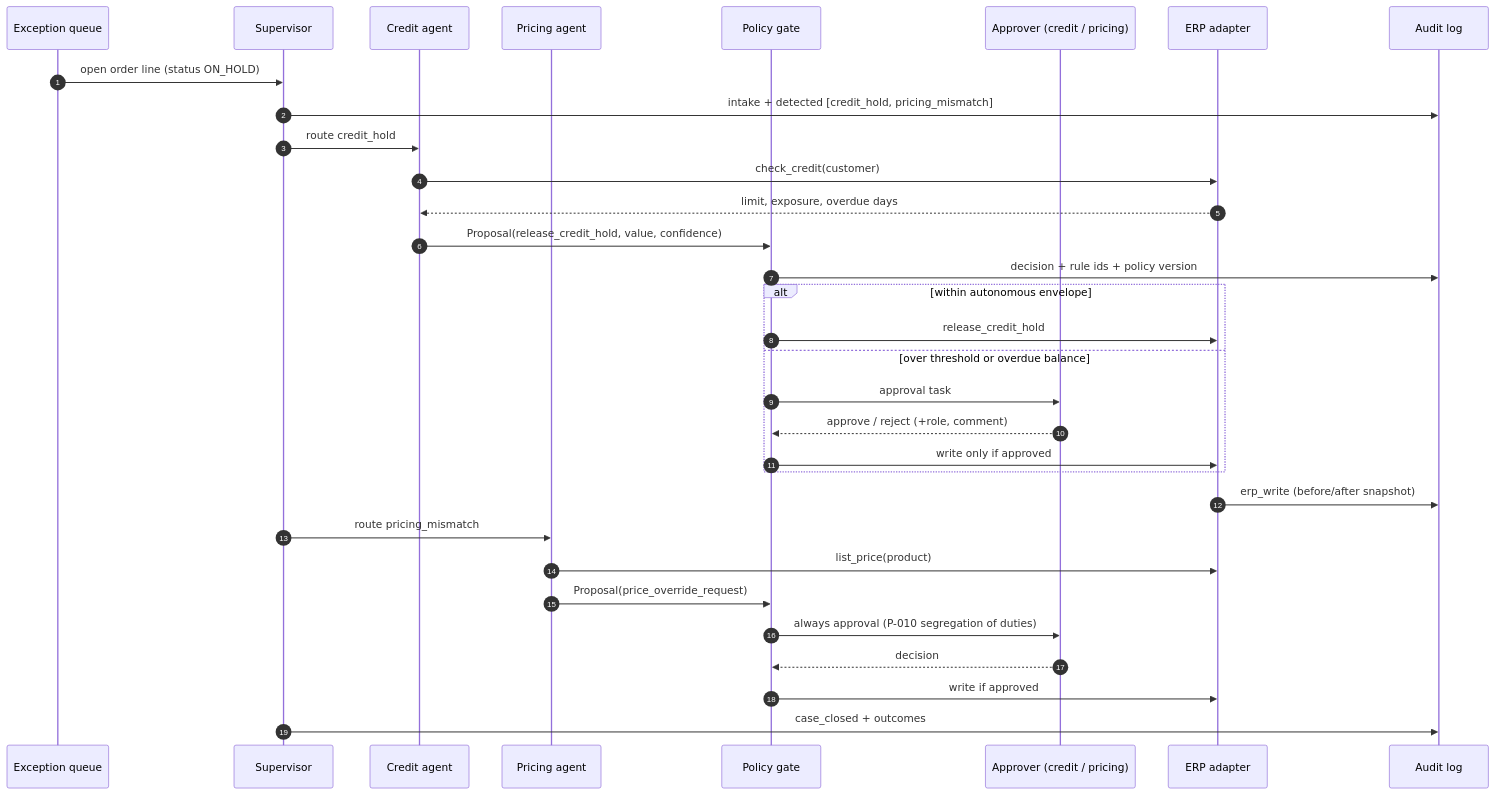
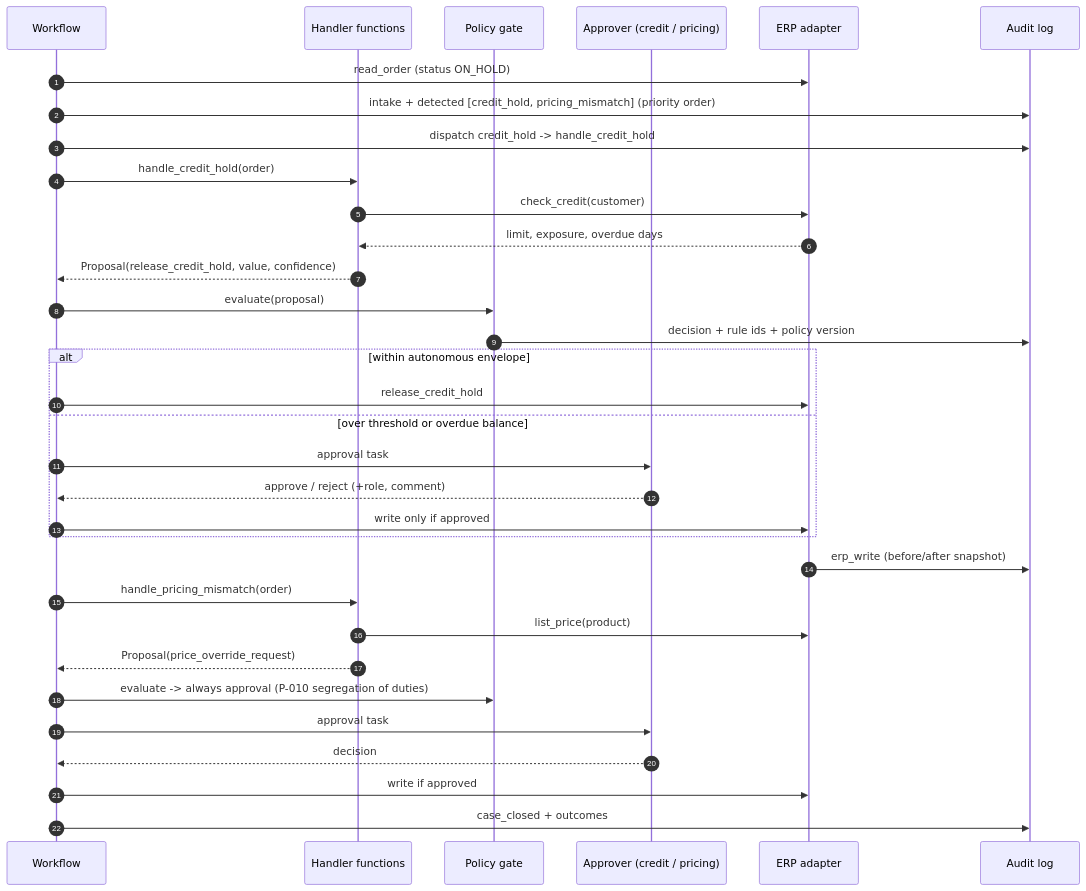
Before and after one commit to padmanpisupati/order-exception-agents: the diagram in docs/diagrams/sequence.md, drawn with Mermaid. The commit also changed 19 other files, not shown here.

First line of the commit message:
Refactor: replace multi-agent framing with governed workflow

````diff
--- a/docs/diagrams/sequence.md
+++ b/docs/diagrams/sequence.md
@@ -3,34 +3,35 @@
 ```mermaid
 sequenceDiagram
   autonumber
-  participant Q as Exception queue
-  participant S as Supervisor
-  participant C as Credit agent
-  participant P as Pricing agent
+  participant W as Workflow
+  participant HF as Handler functions
   participant G as Policy gate
   participant H as Approver (credit / pricing)
   participant E as ERP adapter
   participant A as Audit log
-  Q->>S: open order line (status ON_HOLD)
-  S->>A: intake + detected [credit_hold, pricing_mismatch]
-  S->>C: route credit_hold
-  C->>E: check_credit(customer)
-  E-->>C: limit, exposure, overdue days
-  C->>G: Proposal(release_credit_hold, value, confidence)
+  W->>E: read_order (status ON_HOLD)
+  W->>A: intake + detected [credit_hold, pricing_mismatch] (priority order)
+  W->>A: dispatch credit_hold -> handle_credit_hold
+  W->>HF: handle_credit_hold(order)
+  HF->>E: check_credit(customer)
+  E-->>HF: limit, exposure, overdue days
+  HF-->>W: Proposal(release_credit_hold, value, confidence)
+  W->>G: evaluate(proposal)
   G->>A: decision + rule ids + policy version
   alt within autonomous envelope
-    G->>E: release_credit_hold
+    W->>E: release_credit_hold
   else over threshold or overdue balance
-    G->>H: approval task
-    H-->>G: approve / reject (+role, comment)
-    G->>E: write only if approved
+    W->>H: approval task
+    H-->>W: approve / reject (+role, comment)
+    W->>E: write only if approved
   end
   E->>A: erp_write (before/after snapshot)
-  S->>P: route pricing_mismatch
-  P->>E: list_price(product)
-  P->>G: Proposal(price_override_request)
-  G->>H: always approval (P-010 segregation of duties)
-  H-->>G: decision
-  G->>E: write if approved
-  S->>A: case_closed + outcomes
+  W->>HF: handle_pricing_mismatch(order)
+  HF->>E: list_price(product)
+  HF-->>W: Proposal(price_override_request)
+  W->>G: evaluate -> always approval (P-010 segregation of duties)
+  W->>H: approval task
+  H-->>W: decision
+  W->>E: write if approved
+  W->>A: case_closed + outcomes
 ```
````
